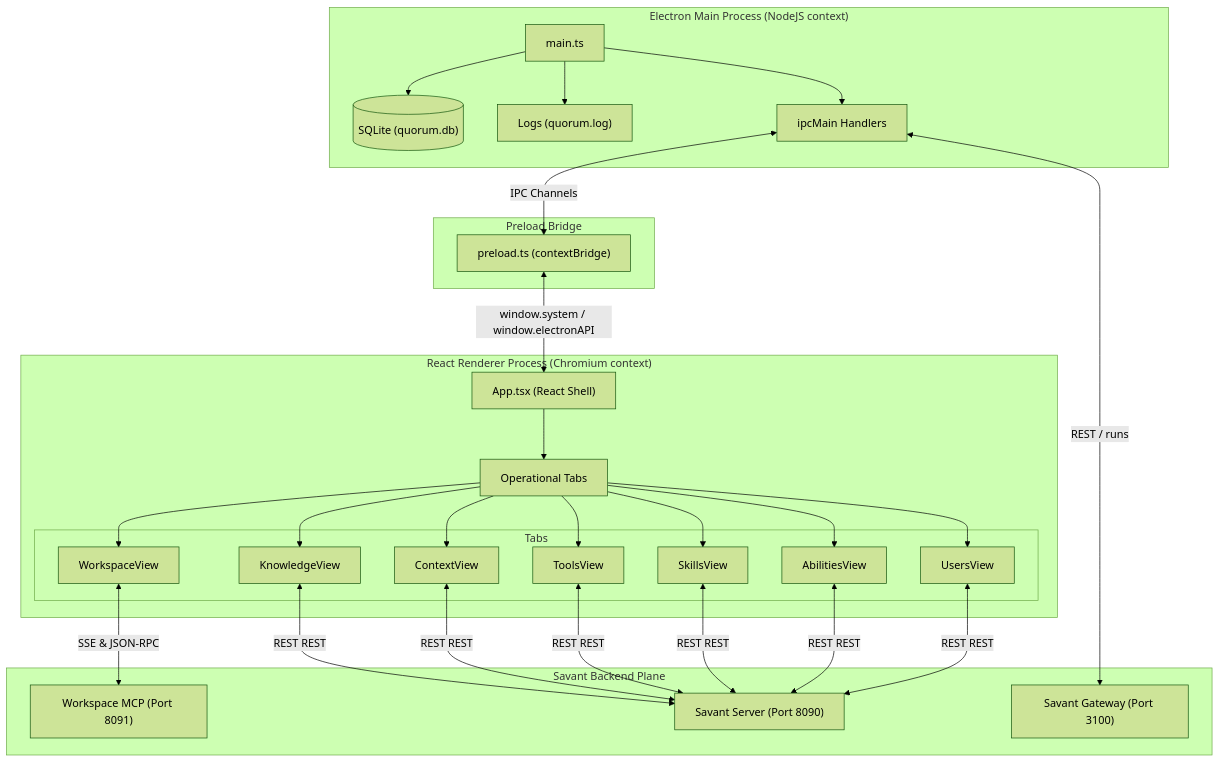
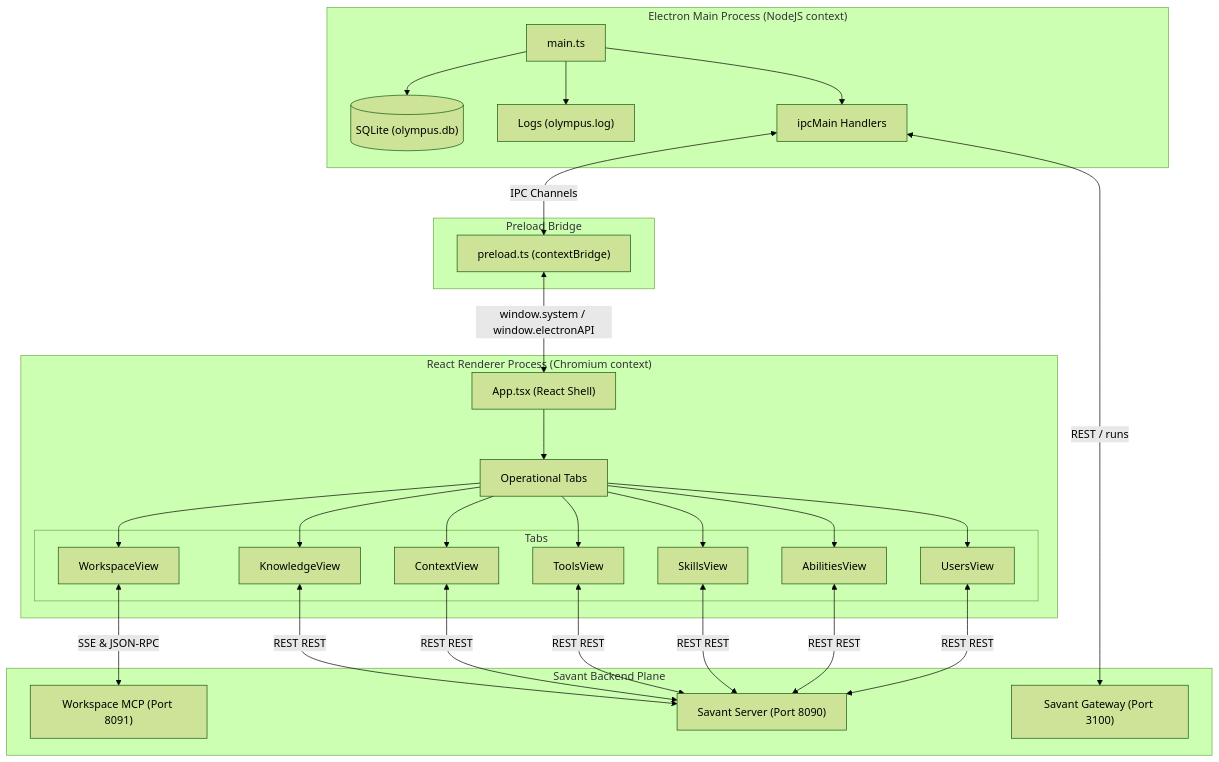
One commit to ashabbir/savant-olympus changed the diagram in memory-bank/baseline.md. Above: the diagram before and after it, drawn with Mermaid (forest theme). The commit also changed other lines of this file and 96 other files, not shown here.

````diff
--- a/memory-bank/baseline.md
+++ b/memory-bank/baseline.md
@@ -38,55 +38,55 @@
 ```mermaid
 graph TD
     subgraph Electron Main Process ["Electron Main Process (NodeJS context)"]
         main["main.ts"]
-        db[("SQLite (quorum.db)")]
-        log["Logs (quorum.log)"]
+        db[("SQLite (olympus.db)")]
+        log["Logs (olympus.log)"]
         ipcM["ipcMain Handlers"]
         main --> db
         main --> log
         main --> ipcM
     end
 
     subgraph Preload Bridge ["Preload Bridge"]
         preload["preload.ts (contextBridge)"]
     end
 
     subgraph React Renderer Process ["React Renderer Process (Chromium context)"]
         app["App.tsx (React Shell)"]
         tabs["Operational Tabs"]
         subgraph Views ["Tabs"]
             view_ws["WorkspaceView"]
             view_kb["KnowledgeView"]
             view_ctx["ContextView"]
             view_tl["ToolsView"]
             view_sk["SkillsView"]
             view_ab["AbilitiesView"]
             view_usr["UsersView"]
         end
         app --> tabs
         tabs --> view_ws
         tabs --> view_kb
         tabs --> view_ctx
         tabs --> view_tl
         tabs --> view_sk
         tabs --> view_ab
         tabs --> view_usr
     end
 
     subgraph External Plane ["Savant Backend Plane"]
         server["Savant Server (Port 8090)"]
         gateway["Savant Gateway (Port 3100)"]
         mcp["Workspace MCP (Port 8091)"]
     end
 
     ipcM <-->|IPC Channels| preload
     preload <-->|window.system / window.electronAPI| app
     view_ws <-->|SSE & JSON-RPC| mcp
     view_kb <-->|REST REST| server
     view_ctx <-->|REST REST| server
     view_tl <-->|REST REST| server
     view_sk <-->|REST REST| server
     view_ab <-->|REST REST| server
     view_usr <-->|REST REST| server
     ipcM <-->|REST / runs| gateway
 ```
````
